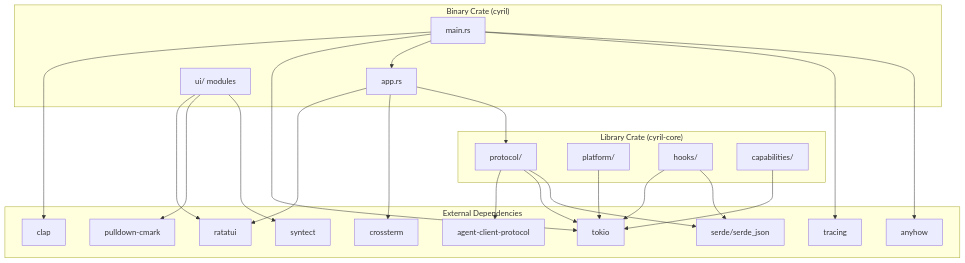
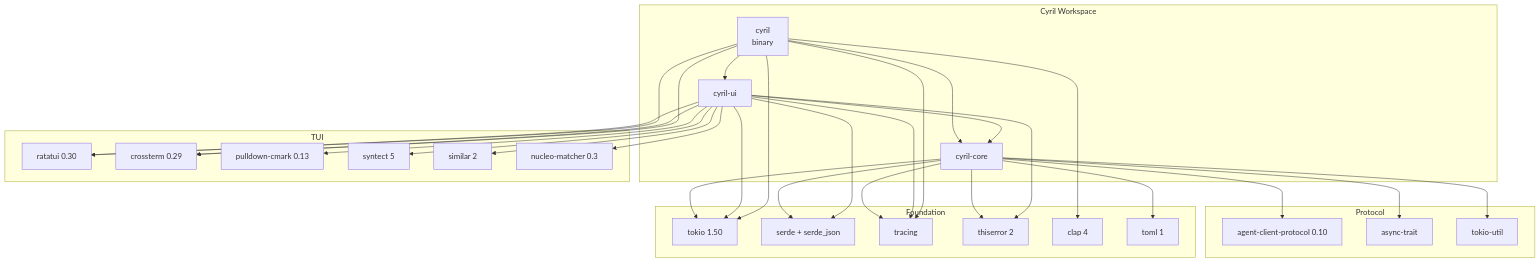
One commit to dwalleck/cyril changed the diagram in .agents/summary/dependencies.md. Above: the diagram before and after it, drawn with Mermaid. The commit also changed other lines of this file and 9 other files, not shown here.

````diff
--- a/.agents/summary/dependencies.md
+++ b/.agents/summary/dependencies.md
@@ -433,49 +43,63 @@
 ```mermaid
-graph TB
-    subgraph "Binary Crate (cyril)"
-        Main[main.rs]
-        App[app.rs]
-        UI[ui/ modules]
+graph TD
+    subgraph "Cyril Workspace"
+        CYRIL[cyril<br/>binary]
+        CORE[cyril-core]
+        UI[cyril-ui]
     end
-    
-    subgraph "Library Crate (cyril-core)"
-        Protocol[protocol/]
-        Platform[platform/]
-        Hooks[hooks/]
-        Caps[capabilities/]
+
+    subgraph "Protocol"
+        ACP[agent-client-protocol 0.10]
+        ASYNC[async-trait]
+        TOKIO_UTIL[tokio-util]
     end
-    
-    subgraph "External Dependencies"
-        ACP[agent-client-protocol]
-        Tokio[tokio]
-        Ratatui[ratatui]
-        Crossterm[crossterm]
-        Pulldown[pulldown-cmark]
-        Syntect[syntect]
-        Serde[serde/serde_json]
-        Clap[clap]
-        Anyhow[anyhow]
-        Tracing[tracing]
+
+    subgraph "TUI"
+        RATATUI[ratatui 0.30]
+        CROSSTERM[crossterm 0.29]
+        PULLDOWN[pulldown-cmark 0.13]
+        SYNTECT[syntect 5]
+        SIMILAR[similar 2]
+        NUCLEO[nucleo-matcher 0.3]
     end
-    
-    Main --> Clap
-    Main --> Tokio
-    Main --> App
-    App --> Ratatui
-    App --> Crossterm
-    App --> Protocol
-    UI --> Ratatui
-    UI --> Pulldown
-    UI --> Syntect
-    
-    Protocol --> ACP
-    Protocol --> Tokio
-    Protocol --> Serde
-    Platform --> Tokio
-    Hooks --> Tokio
-    Hooks --> Serde
-    Caps --> Tokio
-    
-    Main --> Tracing
-    Main --> Anyhow
+
+    subgraph "Foundation"
+        TOKIO[tokio 1.50]
+        SERDE[serde + serde_json]
+        TRACING[tracing]
+        THISERROR[thiserror 2]
+        CLAP[clap 4]
+        TOML[toml 1]
+    end
+
+    CYRIL --> CORE
+    CYRIL --> UI
+    UI --> CORE
+
+    CORE --> ACP
+    CORE --> ASYNC
+    CORE --> TOKIO_UTIL
+    CORE --> TOML
+
+    UI --> RATATUI
+    UI --> CROSSTERM
+    UI --> PULLDOWN
+    UI --> SYNTECT
+    UI --> SIMILAR
+    UI --> NUCLEO
+
+    CYRIL --> RATATUI
+    CYRIL --> CROSSTERM
+    CYRIL --> CLAP
+
+    CORE --> TOKIO
+    CORE --> SERDE
+    CORE --> TRACING
+    CORE --> THISERROR
+    UI --> THISERROR
+    UI --> TOKIO
+    UI --> SERDE
+    UI --> TRACING
+    CYRIL --> TOKIO
+    CYRIL --> TRACING
 ```
````
